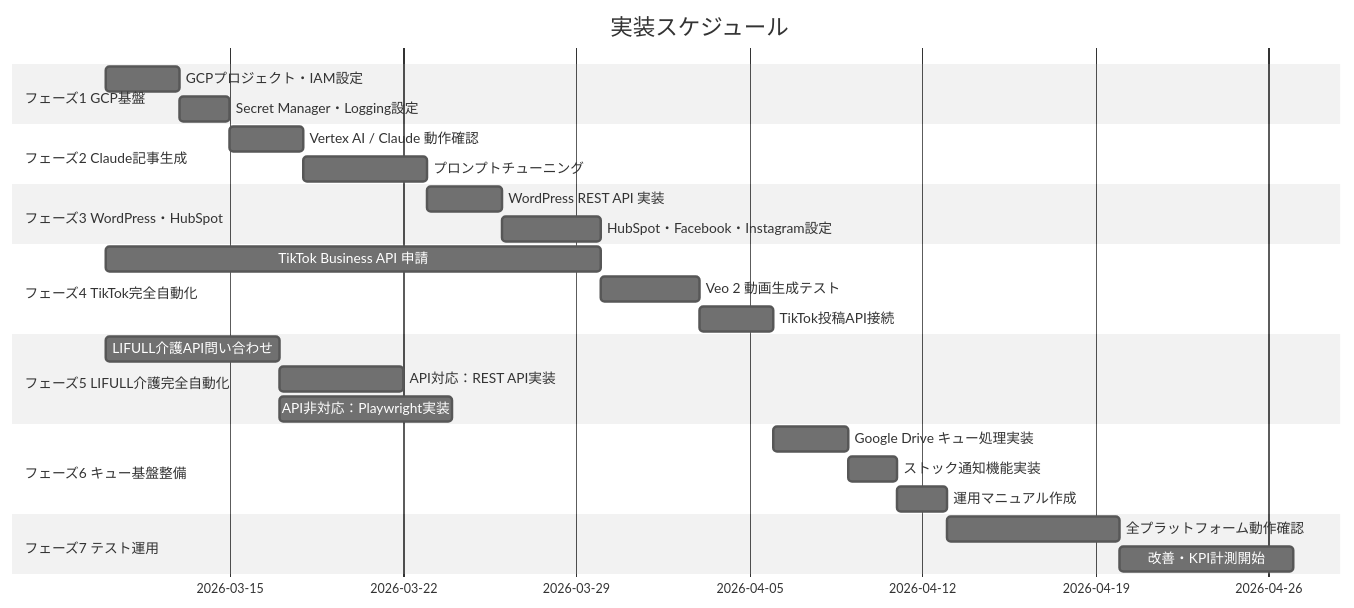
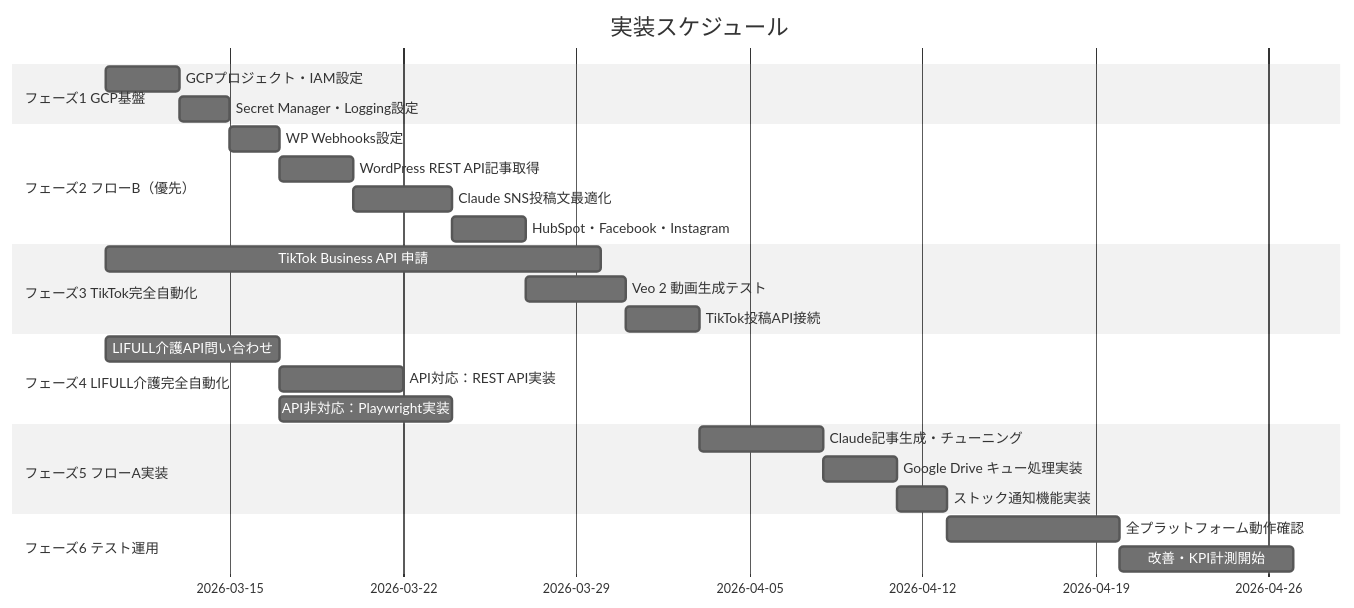
The eighth of 8 diagrams in SNS自動投稿_システム図.md (hideyoshihommura-design/koho-sesaku), drawn with Mermaid (neutral theme) before and after one commit. The commit also changed other lines of this file and 1 other file, not shown here.

Commit message:
フローB（既存WordPress記事からSNS展開）を追加

````diff
--- a/SNS自動投稿_システム図.md
+++ b/SNS自動投稿_システム図.md
@@ -165,35 +216,33 @@
 ```mermaid
 gantt
     title 実装スケジュール
     dateFormat  YYYY-MM-DD
     section フェーズ1 GCP基盤
         GCPプロジェクト・IAM設定          :p1a, 2026-03-10, 3d
         Secret Manager・Logging設定       :p1b, after p1a, 2d
 
-    section フェーズ2 Claude記事生成
-        Vertex AI / Claude 動作確認        :p2a, after p1b, 3d
-        プロンプトチューニング             :p2b, after p2a, 5d
+    section フェーズ2 フローB（優先）
+        WP Webhooks設定                   :p2a, after p1b, 2d
+        WordPress REST API記事取得        :p2b, after p2a, 3d
+        Claude SNS投稿文最適化            :p2c, after p2b, 4d
+        HubSpot・Facebook・Instagram      :p2d, after p2c, 3d
 
-    section フェーズ3 WordPress・HubSpot
-        WordPress REST API 実装            :p3a, after p2b, 3d
-        HubSpot・Facebook・Instagram設定   :p3b, after p3a, 4d
+    section フェーズ3 TikTok完全自動化
+        TikTok Business API 申請          :p3a, 2026-03-10, 20d
+        Veo 2 動画生成テスト              :p3b, after p2d, 4d
+        TikTok投稿API接続                 :p3c, after p3b, 3d
 
-    section フェーズ4 TikTok完全自動化
-        TikTok Business API 申請           :p4a, 2026-03-10, 20d
-        Veo 2 動画生成テスト               :p4b, after p3b, 4d
-        TikTok投稿API接続                  :p4c, after p4b, 3d
+    section フェーズ4 LIFULL介護完全自動化
+        LIFULL介護API問い合わせ           :p4a, 2026-03-10, 7d
+        API対応：REST API実装             :p4b, after p4a, 5d
+        API非対応：Playwright実装         :p4c, after p4a, 7d
 
-    section フェーズ5 LIFULL介護完全自動化
-        LIFULL介護API問い合わせ            :p5a, 2026-03-10, 7d
-        API対応：REST API実装              :p5b, after p5a, 5d
-        API非対応：Playwright実装          :p5c, after p5a, 7d
+    section フェーズ5 フローA実装
+        Claude記事生成・チューニング      :p5a, after p3c, 5d
+        Google Drive キュー処理実装       :p5b, after p5a, 3d
+        ストック通知機能実装              :p5c, after p5b, 2d
 
-    section フェーズ6 キュー基盤整備
-        Google Drive キュー処理実装        :p6a, after p4c, 3d
-        ストック通知機能実装               :p6b, after p6a, 2d
-        運用マニュアル作成                 :p6c, after p6b, 2d
-
-    section フェーズ7 テスト運用
-        全プラットフォーム動作確認         :p7a, after p6c, 7d
-        改善・KPI計測開始                  :p7b, after p7a, 7d
+    section フェーズ6 テスト運用
+        全プラットフォーム動作確認        :p6a, after p5c, 7d
+        改善・KPI計測開始                 :p6b, after p6a, 7d
 ```
````
